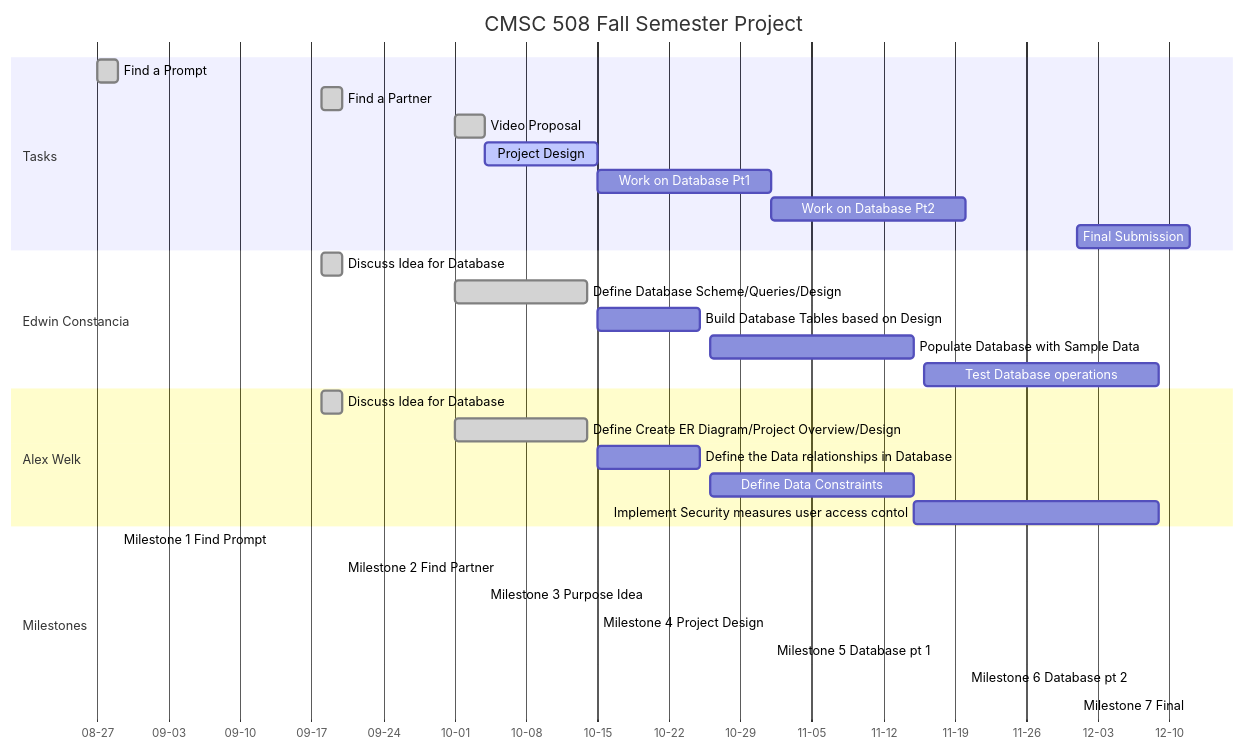
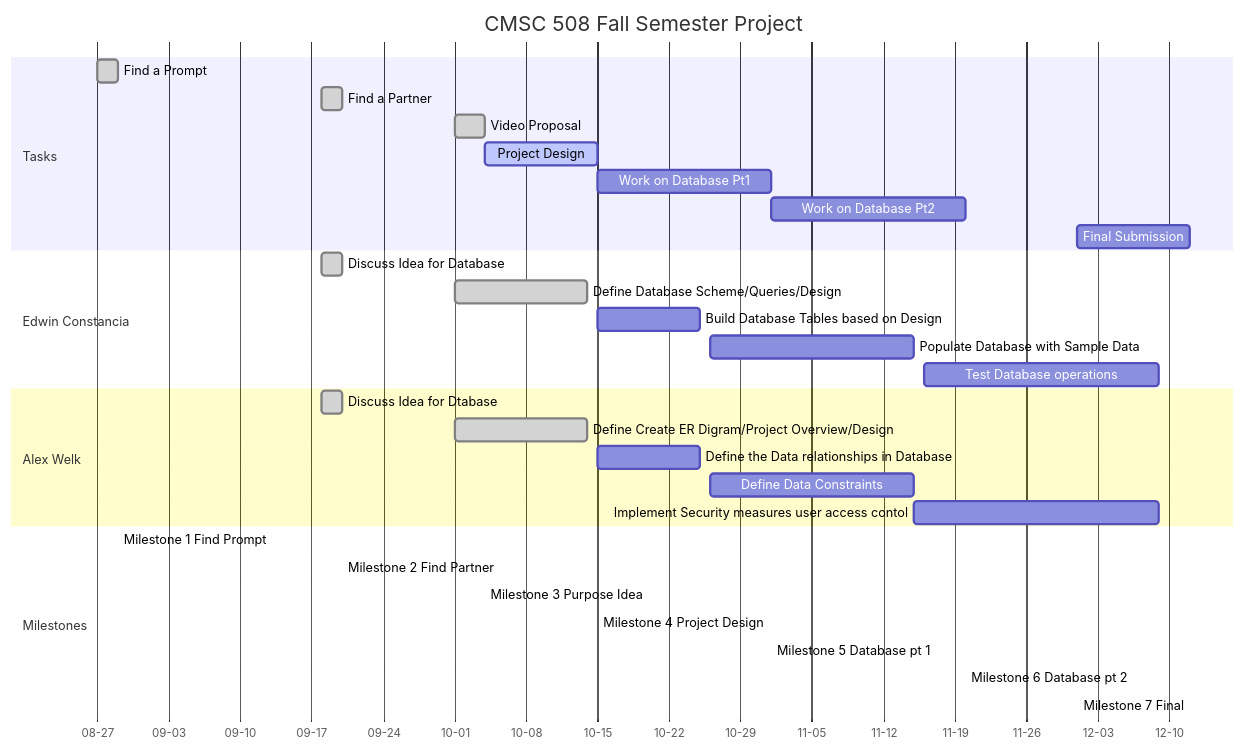
One commit to a-welk/VCU-restaurant-database changed the second of 2 diagrams in reports/deliver7.qmd. Above: the diagram before and after it, drawn with Mermaid. The commit also changed other lines of this file, not shown here.

````diff
--- a/reports/deliver7.qmd
+++ b/reports/deliver7.qmd
@@ -1079,38 +1079,38 @@
 ```{mermaid}
 gantt
 title CMSC 508 Fall Semester Project
 dateFormat YYYY-MM-DD
 axisFormat %m-%d
 
 section Tasks
 Find a Prompt : done, des1, 2023-08-27, 2023-08-29
 Find a Partner : done, des2, 2023-09-18, 2023-09-20
 Video Proposal : done, des3, 2023-10-01, 2023-10-04
 Project Design : active, des4, 2023-10-04, 2023-10-15
 Work on Database Pt1 : des5, 2023-10-15, 2023-11-01
 Work on Database Pt2 : des6, 2023-11-01, 2023-11-20
 Final Submission : des7, 2023-12-01, 2023-12-12
 
 section Edwin Constancia
 Discuss Idea for Database : done,des8, 2023-09-18, 2023-09-20
 Define Database Scheme/Queries/Design : done,des9, 2023-10-01, 2023-10-14
 Build Database Tables based on Design : des10, 2023-10-15, 2023-10-25
 Populate Database with Sample Data : des11, 2023-10-26, 2023-11-15
 Test Database operations : des12, 2023-11-16, 2023-12-09
 
 section Alex Welk
-Discuss Idea for Database : done,des13, 2023-09-18, 2023-09-20
-Define Create ER Diagram/Project Overview/Design : done,des14, 2023-10-01, 2023-10-14
+Discuss Idea for Dtabase : done,des13, 2023-09-18, 2023-09-20
+Define Create ER Digram/Project Overview/Design : done,des14, 2023-10-01, 2023-10-14
 Define the Data relationships in Database : des15, 2023-10-15, 2023-10-25
 Define Data Constraints : des14, 2023-10-26, 2023-11-15
 Implement Security measures user access contol : des15, 2023-11-15, 2023-12-09
 
 section Milestones
 Milestone 1 Find Prompt: crit, 2023-08-29, Milestone 1: Find a Prompt Complete
 Milestone 2 Find Partner: crit, 2023-09-20, Milestone 2: Find a Partner Complete
 Milestone 3 Purpose Idea: crit, 2023-10-04, Milestone 3: Video Proposal Complete
 Milestone 4 Project Design: crit, 2023-10-15, Milestone 4: Project Design Complete
 Milestone 5 Database pt 1 : crit, 2023-11-01, Milestone 5: Work on Database 1 Complete
 Milestone 6 Database pt 2: crit, 2023-11-20, Milestone 6: Work on Database 2 Complete
 Milestone 7 Final : crit, 2023-12-12, Milestone 7: Final Submission    
 ```
````
